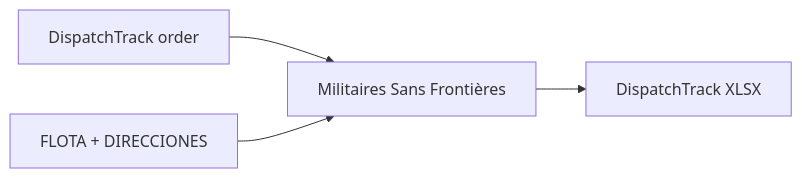
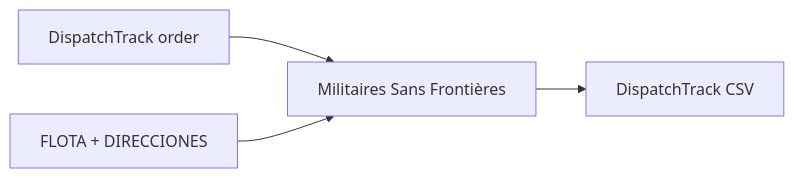
One commit to bryanzuniga-rappi/MOTHER_BASE changed the second of 4 diagrams in README.md. Above: the diagram before and after it, drawn with Mermaid. The commit also changed other lines of this file and 3 other files, not shown here.

````diff
--- a/README.md
+++ b/README.md
@@ -115,6 +115,6 @@
 ```mermaid
 flowchart LR
     A["DispatchTrack order"] --> C["Militaires Sans Frontières"]
     B["FLOTA + DIRECCIONES"] --> C
-    C --> D["DispatchTrack XLSX"]
+    C --> D["DispatchTrack CSV"]
 ```
````
